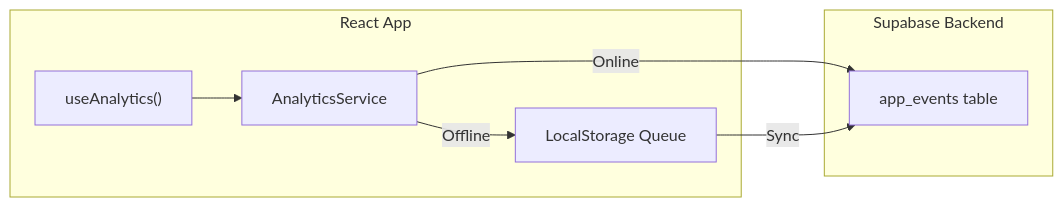
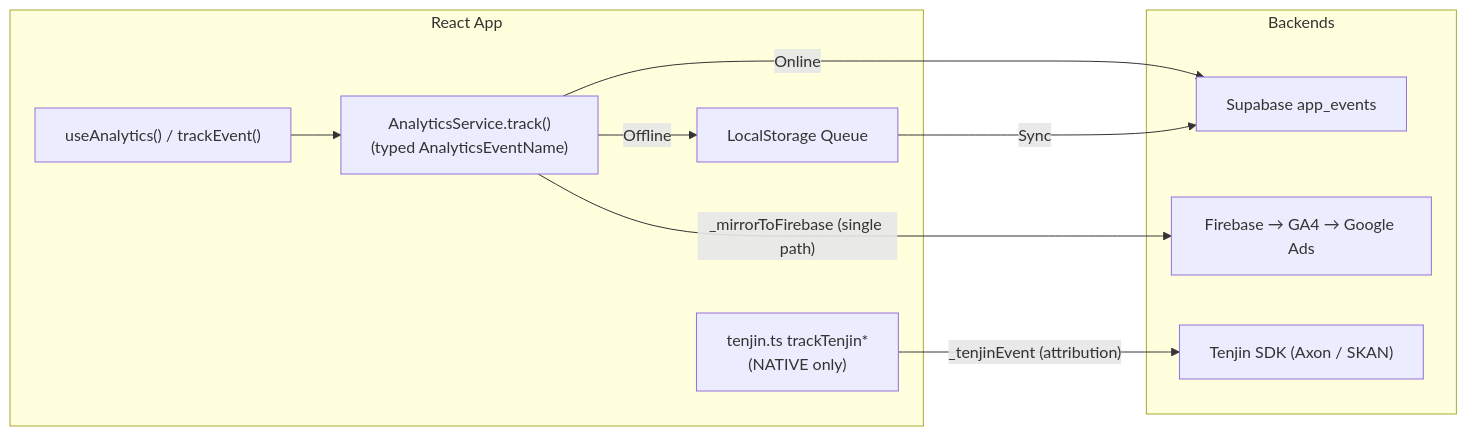
One commit to yamius/ONDA1 changed the diagram in docs/architecture/analytics.md. Above: the diagram before and after it, drawn with Mermaid. The commit also changed other lines of this file, not shown here.

First line of the commit message:
docs(analytics): document the post-cleanup canonical event schema

````diff
--- a/docs/architecture/analytics.md
+++ b/docs/architecture/analytics.md
@@ -14,17 +32,22 @@
 ```mermaid
 flowchart LR
     subgraph App["React App"]
-        Hook["useAnalytics()"]
-        Service["AnalyticsService"]
+        Hook["useAnalytics() / trackEvent()"]
+        Service["AnalyticsService.track()<br/>(typed AnalyticsEventName)"]
         Queue["LocalStorage Queue"]
+        Tenjin["tenjin.ts trackTenjin*<br/>(NATIVE only)"]
     end
-    
-    subgraph Supabase["Supabase Backend"]
-        Table["app_events table"]
+
+    subgraph Backends
+        Table["Supabase app_events"]
+        Firebase["Firebase → GA4 → Google Ads"]
+        MMP["Tenjin SDK (Axon / SKAN)"]
     end
-    
+
     Hook --> Service
     Service -->|Online| Table
     Service -->|Offline| Queue
     Queue -->|Sync| Table
+    Service -->|"_mirrorToFirebase (single path)"| Firebase
+    Tenjin -->|"_tenjinEvent (attribution)"| MMP
 ```
````
